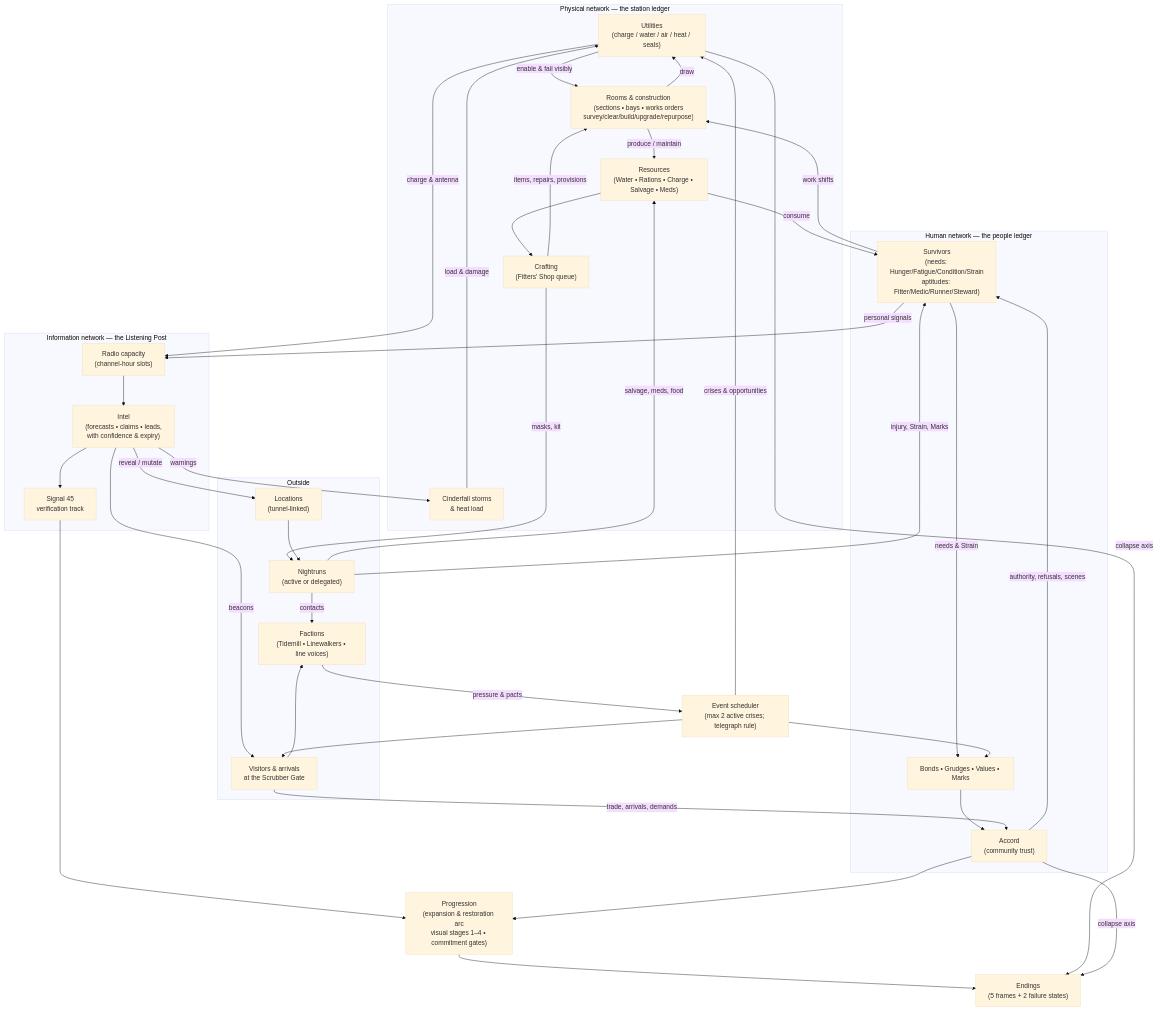
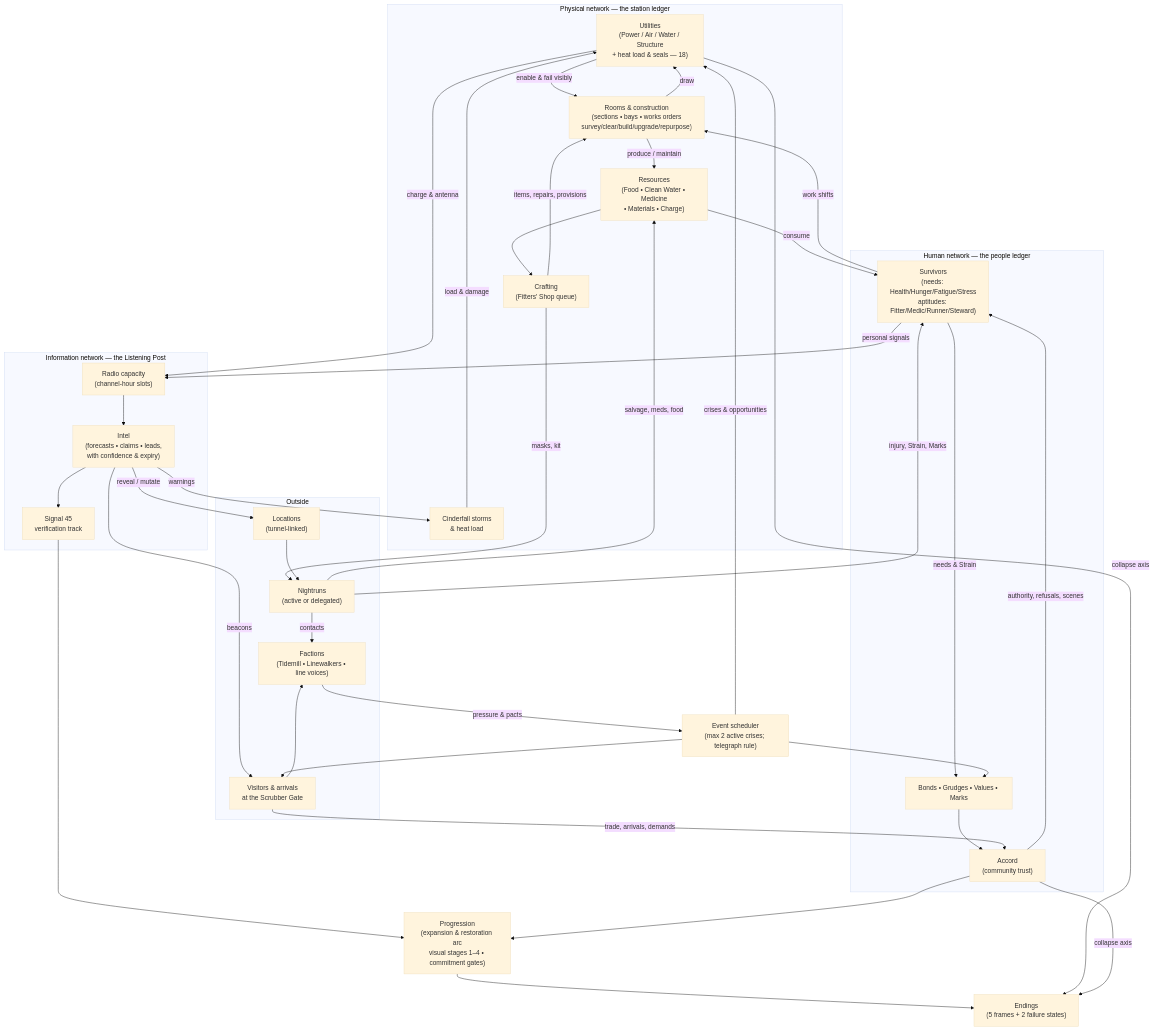
One commit to QemmHD/Signal45-Game changed the diagram in docs/design/02_LOOP_AND_CAMPAIGN.md. Above: the diagram before and after it, drawn with Mermaid (base theme). The commit also changed other lines of this file and 23 other files, not shown here.

First line of the commit message:
Lock survival economy, needs, utilities, weather, and cascade design (Prompt 3 draft)

````diff
--- a/docs/design/02_LOOP_AND_CAMPAIGN.md
+++ b/docs/design/02_LOOP_AND_CAMPAIGN.md
@@ -113,68 +114,68 @@
 ```mermaid
 flowchart TD
     subgraph PHYS["Physical network — the station ledger"]
-        UTIL["Utilities\n(charge / water / air / heat / seals)"]
+        UTIL["Utilities\n(Power / Air / Water / Structure\n+ heat load & seals — 18)"]
         ROOMS["Rooms & construction\n(sections • bays • works orders\nsurvey/clear/build/upgrade/repurpose)"]
-        RES["Resources\n(Water • Rations • Charge • Salvage • Meds)"]
+        RES["Resources\n(Food • Clean Water • Medicine\n• Materials • Charge)"]
         CRAFT["Crafting\n(Fitters' Shop queue)"]
         STORM["Cinderfall storms\n& heat load"]
     end
 
     subgraph HUMAN["Human network — the people ledger"]
-        SURV["Survivors\n(needs: Hunger/Fatigue/Condition/Strain\naptitudes: Fitter/Medic/Runner/Steward)"]
+        SURV["Survivors\n(needs: Health/Hunger/Fatigue/Stress\naptitudes: Fitter/Medic/Runner/Steward)"]
         REL["Bonds • Grudges • Values • Marks"]
         ACC["Accord\n(community trust)"]
     end
 
     subgraph INFO["Information network — the Listening Post"]
         RADIO["Radio capacity\n(channel-hour slots)"]
         INTEL["Intel\n(forecasts • claims • leads,\nwith confidence & expiry)"]
         S45["Signal 45\nverification track"]
     end
 
     subgraph OUT["Outside"]
         EXP["Nightruns\n(active or delegated)"]
         LOC["Locations\n(tunnel-linked)"]
         VIS["Visitors & arrivals\nat the Scrubber Gate"]
         FAC["Factions\n(Tidemill • Linewalkers • line voices)"]
     end
 
     EVENTS["Event scheduler\n(max 2 active crises; telegraph rule)"]
     PROG["Progression\n(expansion & restoration arc\nvisual stages 1–4 • commitment gates)"]
     END["Endings\n(5 frames + 2 failure states)"]
 
     SURV -->|"work shifts"| ROOMS
     ROOMS -->|"produce / maintain"| RES
     ROOMS -->|"draw"| UTIL
     UTIL -->|"enable & fail visibly"| ROOMS
     STORM -->|"load & damage"| UTIL
     RES -->|"consume"| SURV
     RES --> CRAFT
     CRAFT -->|"items, repairs, provisions"| ROOMS
     CRAFT -->|"masks, kit"| EXP
     SURV -->|"needs & Strain"| REL
     REL --> ACC
     ACC -->|"authority, refusals, scenes"| SURV
     RADIO --> INTEL
     INTEL -->|"warnings"| STORM
     INTEL -->|"reveal / mutate"| LOC
     INTEL -->|"beacons"| VIS
     INTEL --> S45
     SURV -->|"personal signals"| RADIO
     UTIL -->|"charge & antenna"| RADIO
     EXP -->|"salvage, meds, food"| RES
     EXP -->|"injury, Strain, Marks"| SURV
     EXP -->|"contacts"| FAC
     LOC --> EXP
     VIS -->|"trade, arrivals, demands"| ACC
     VIS --> FAC
     FAC -->|"pressure & pacts"| EVENTS
     EVENTS -->|"crises & opportunities"| UTIL
     EVENTS --> REL
     EVENTS --> VIS
     S45 --> PROG
     ACC --> PROG
     PROG --> END
     UTIL -->|"collapse axis"| END
     ACC -->|"collapse axis"| END
 ```
````
